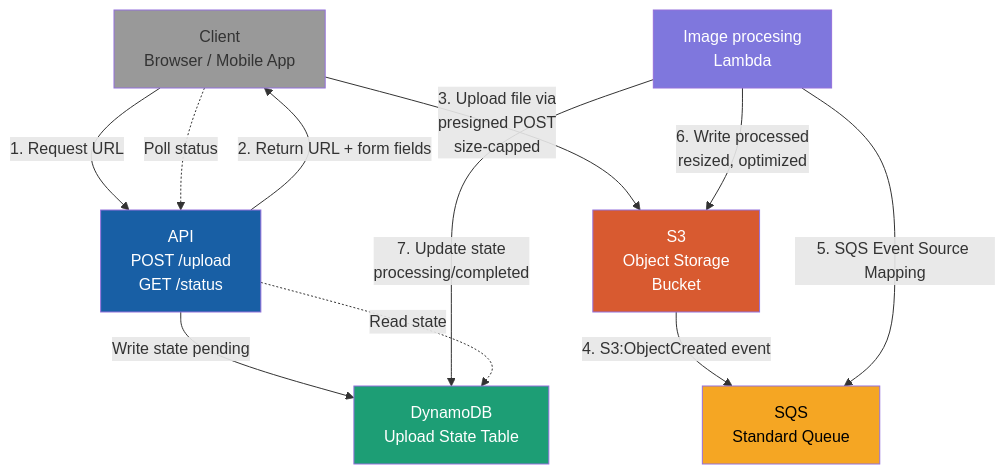
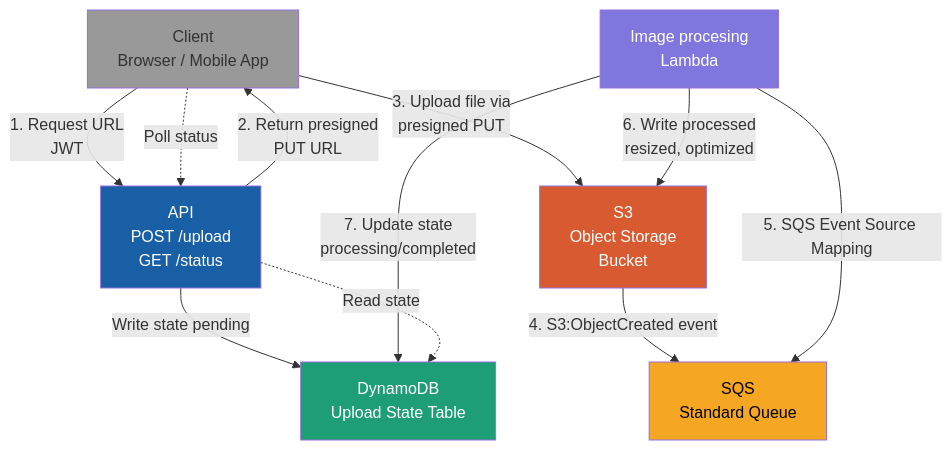
Before and after one commit to Valken/image-processor: the first of 2 diagrams in docs/design.md, drawn with Mermaid. The commit also changed other lines of this file, not shown here.

First line of the commit message:
docs: Switch uploads to presigned PUT and add Cognito auth

````diff
--- a/docs/design.md
+++ b/docs/design.md
@@ -59,32 +60,32 @@
 ```mermaid
 graph TB
     Client["Client<br/>Browser / Mobile App"]
     API["API<br/>POST /upload<br/>GET /status"]
     DDB["DynamoDB<br/>Upload State Table"]
     S3["S3<br/>Object Storage<br/>Bucket"]
     SQS["SQS<br/>Standard Queue"]
     Lambda["Image procesing<br/>Lambda"]
 
-    Client -->|1. Request URL| API
+    Client -->|1. Request URL<br/>JWT| API
     API -->|Write state pending| DDB
-    API -->|2. Return URL + form fields| Client
+    API -->|2. Return presigned<br/>PUT URL| Client
 
-    Client -->|3. Upload file via<br/>presigned POST<br/>size-capped| S3
+    Client -->|3. Upload file via<br/>presigned PUT| S3
 
     S3 -->|4. S3:ObjectCreated event| SQS
 
     Lambda -->|5. SQS Event Source Mapping| SQS
 
     Lambda -->|6. Write processed<br/>resized, optimized| S3
     Lambda -->|7. Update state<br/>processing/completed| DDB
 
     Client -.->|Poll status| API
     API -.->|Read state| DDB
 
     style Client fill:#999
     style API fill:#185FA5,color:#fff
     style DDB fill:#1D9E75,color:#fff
     style S3 fill:#D85A30,color:#fff
     style SQS fill:#F5A623,color:#000
     style Lambda fill:#7F77DD,color:#fff
 ```
````
